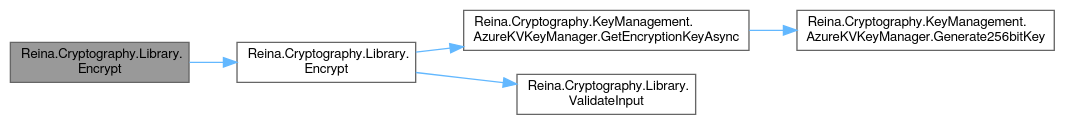
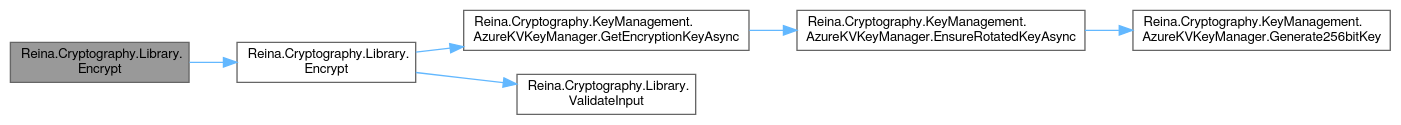
The diagram in class_reina_1_1_cryptography_1_1_library_a2dadbd8156744b46de813015772c5b8b_cgraph.dot (fkitsantas/Reina.Cryptography), drawn with Graphviz before and after one commit. The commit also changed 76 other files, not shown here.

```diff
--- a/class_reina_1_1_cryptography_1_1_library_a2dadbd8156744b46de813015772c5b8b_cgraph.dot
+++ b/class_reina_1_1_cryptography_1_1_library_a2dadbd8156744b46de813015772c5b8b_cgraph.dot
@@ -1,17 +1,19 @@
 digraph "Reina.Cryptography.Library.Encrypt"
 {
  // LATEX_PDF_SIZE
   bgcolor="transparent";
   edge [fontname=FreeSans,fontsize=10,labelfontname=FreeSans,labelfontsize=10];
   node [fontname=FreeSans,fontsize=10,shape=box,height=0.2,width=0.4];
   rankdir="LR";
   Node1 [id="Node000001",label="Reina.Cryptography.Library.\lEncrypt",height=0.2,width=0.4,color="gray40", fillcolor="grey60", style="filled", fontcolor="black",tooltip="Encrypts a plaintext string synchronously using a specified key retrieved asynchronously from Azure K..."];
   Node1 -> Node2 [id="edge1_Node000001_Node000002",color="steelblue1",style="solid",tooltip=" "];
   Node2 [id="Node000002",label="Reina.Cryptography.Library.\lEncrypt",height=0.2,width=0.4,color="grey40", fillcolor="white", style="filled",URL="$class_reina_1_1_cryptography_1_1_library.html#ab51581b077aa84ccfcfd9b753dd897e6",tooltip="Encrypts a plaintext string using three distinct keys for Twofish, Serpent, and AES encryption algori..."];
   Node2 -> Node3 [id="edge2_Node000002_Node000003",color="steelblue1",style="solid",tooltip=" "];
-  Node3 [id="Node000003",label="Reina.Cryptography.KeyManagement.\lAzureKVKeyManager.GetEncryptionKeyAsync",height=0.2,width=0.4,color="grey40", fillcolor="white", style="filled",URL="$class_reina_1_1_cryptography_1_1_key_management_1_1_azure_k_v_key_manager.html#a48457dd60e2243549a799ebaa8008ed5",tooltip="Asynchronously retrieves an encryption key from Azure Key Vault or the local cache."];
+  Node3 [id="Node000003",label="Reina.Cryptography.KeyManagement.\lAzureKVKeyManager.GetEncryptionKeyAsync",height=0.2,width=0.4,color="grey40", fillcolor="white", style="filled",URL="$class_reina_1_1_cryptography_1_1_key_management_1_1_azure_k_v_key_manager.html#a8cc7bef1fdb0aba8eb4bab50d5cbb023",tooltip="Asynchronously retrieves an encryption key from Azure Key Vault or the local cache."];
   Node3 -> Node4 [id="edge3_Node000003_Node000004",color="steelblue1",style="solid",tooltip=" "];
-  Node4 [id="Node000004",label="Reina.Cryptography.KeyManagement.\lAzureKVKeyManager.Generate256bitKey",height=0.2,width=0.4,color="grey40", fillcolor="white", style="filled",URL="$class_reina_1_1_cryptography_1_1_key_management_1_1_azure_k_v_key_manager.html#aa6d24f34039e3f3a396f2d00c5beeaaa",tooltip="Generates a new 256-bit cryptographic key."];
-  Node2 -> Node5 [id="edge4_Node000002_Node000005",color="steelblue1",style="solid",tooltip=" "];
-  Node5 [id="Node000005",label="Reina.Cryptography.Library.\lValidateInput",height=0.2,width=0.4,color="grey40", fillcolor="white", style="filled",URL="$class_reina_1_1_cryptography_1_1_library.html#ac5f3c144003488e101820b42d493ad1f",tooltip="Validates the input string and key names, ensuring they are not null or empty and adhere to the expec..."];
+  Node4 [id="Node000004",label="Reina.Cryptography.KeyManagement.\lAzureKVKeyManager.EnsureRotatedKeyAsync",height=0.2,width=0.4,color="grey40", fillcolor="white", style="filled",URL="$class_reina_1_1_cryptography_1_1_key_management_1_1_azure_k_v_key_manager.html#abca540502dc71b012ede463584bf63f2",tooltip="Ensures that a cryptographic key is present and rotated if necessary based on the configured threshol..."];
+  Node4 -> Node5 [id="edge4_Node000004_Node000005",color="steelblue1",style="solid",tooltip=" "];
+  Node5 [id="Node000005",label="Reina.Cryptography.KeyManagement.\lAzureKVKeyManager.Generate256bitKey",height=0.2,width=0.4,color="grey40", fillcolor="white", style="filled",URL="$class_reina_1_1_cryptography_1_1_key_management_1_1_azure_k_v_key_manager.html#aa6d24f34039e3f3a396f2d00c5beeaaa",tooltip="Generates a new 256-bit cryptographic key."];
+  Node2 -> Node6 [id="edge5_Node000002_Node000006",color="steelblue1",style="solid",tooltip=" "];
+  Node6 [id="Node000006",label="Reina.Cryptography.Library.\lValidateInput",height=0.2,width=0.4,color="grey40", fillcolor="white", style="filled",URL="$class_reina_1_1_cryptography_1_1_library.html#ac5f3c144003488e101820b42d493ad1f",tooltip="Validates the input string and key names, ensuring they are not null or empty and adhere to the expec..."];
 }
```
